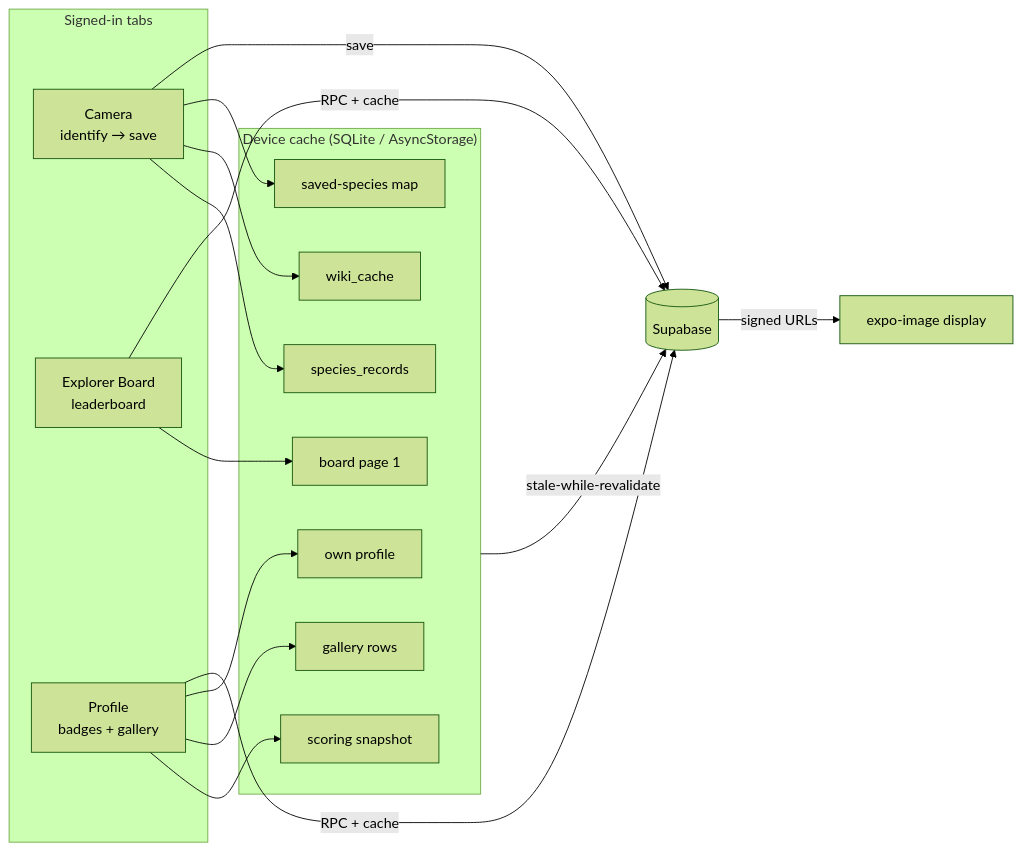
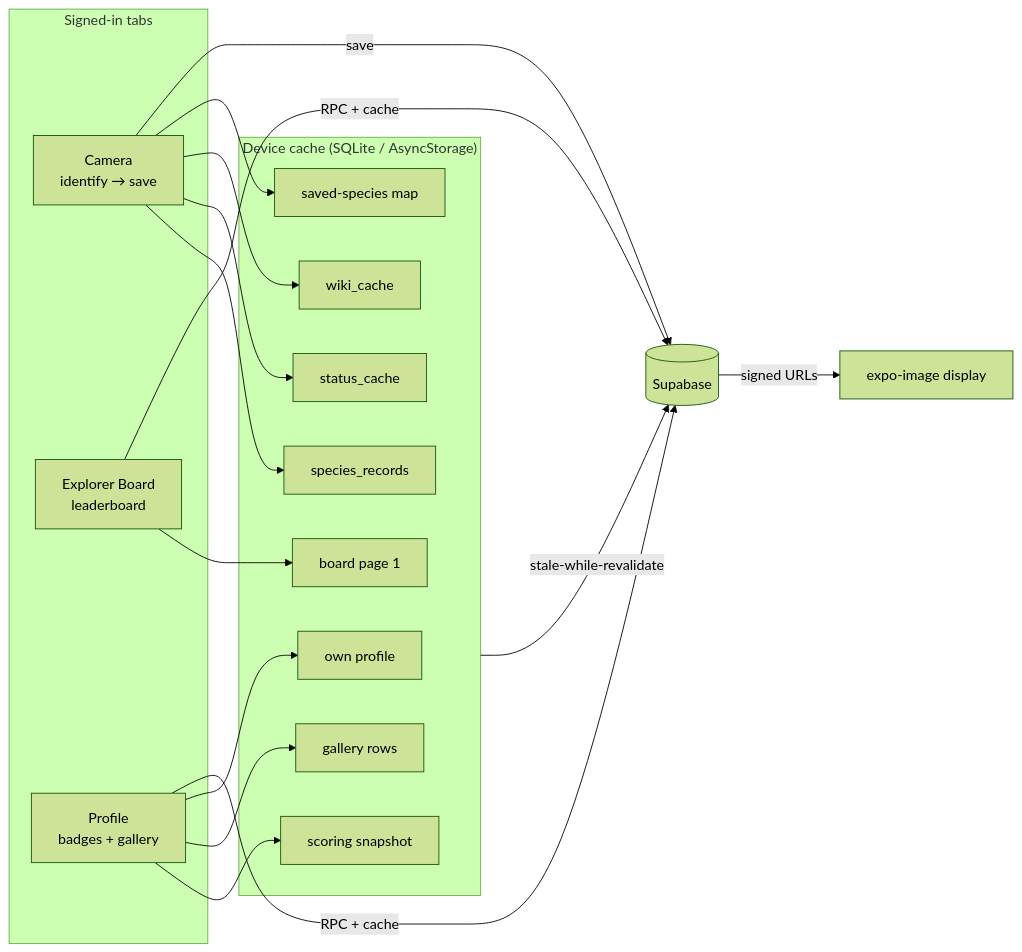
Before and after one commit to vonderasche/near-nature: the second of 12 diagrams in docs/ARCHITECTURE.md, drawn with Mermaid (forest theme). The commit also changed other lines of this file and 10 other files, not shown here.

First line of the commit message:
Cache iNaturalist native status in SQLite to cut repeat API calls.

````diff
--- a/docs/ARCHITECTURE.md
+++ b/docs/ARCHITECTURE.md
@@ -71,33 +71,35 @@
 ```mermaid
 flowchart LR
   subgraph tabs["Signed-in tabs"]
     Cam[Camera<br/>identify → save]
     Board[Explorer Board<br/>leaderboard]
     Prof[Profile<br/>badges + gallery]
   end
 
   Cam -->|save| Supa[(Supabase)]
   Board -->|RPC + cache| Supa
   Prof -->|RPC + cache| Supa
 
   subgraph device["Device cache (SQLite / AsyncStorage)"]
     ProfileC[own profile]
     GalleryC[gallery rows]
     ScoreC[scoring snapshot]
     BoardC[board page 1]
     WikiC[wiki_cache]
+    StatusC[status_cache]
     CatalogC[species_records]
     SavedC[saved-species map]
   end
 
   Prof --> ProfileC
   Prof --> GalleryC
   Prof --> ScoreC
   Board --> BoardC
   Cam --> SavedC
   Cam --> WikiC
+  Cam --> StatusC
   Cam --> CatalogC
 
   Supa -->|signed URLs| Display[expo-image display]
   device -->|stale-while-revalidate| Supa
 ```
````
